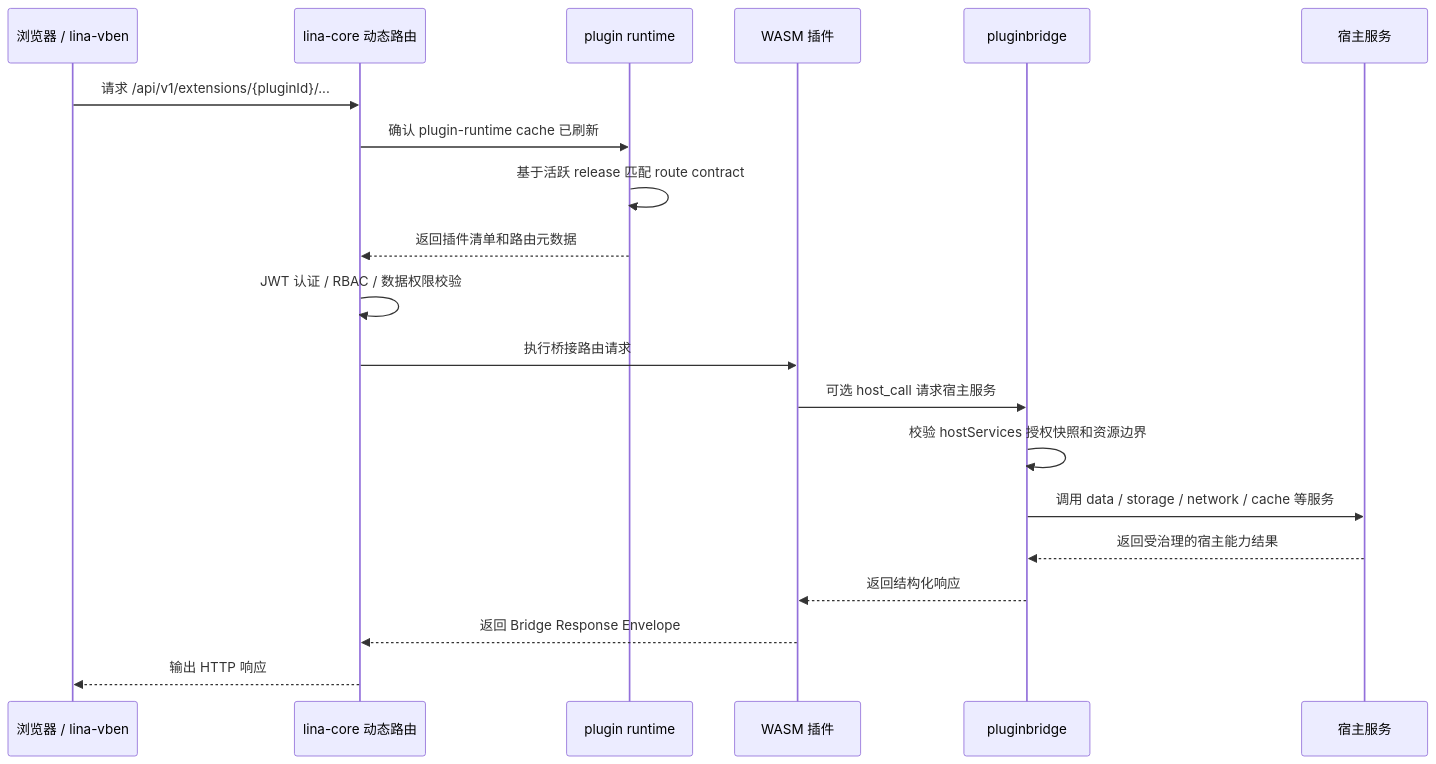
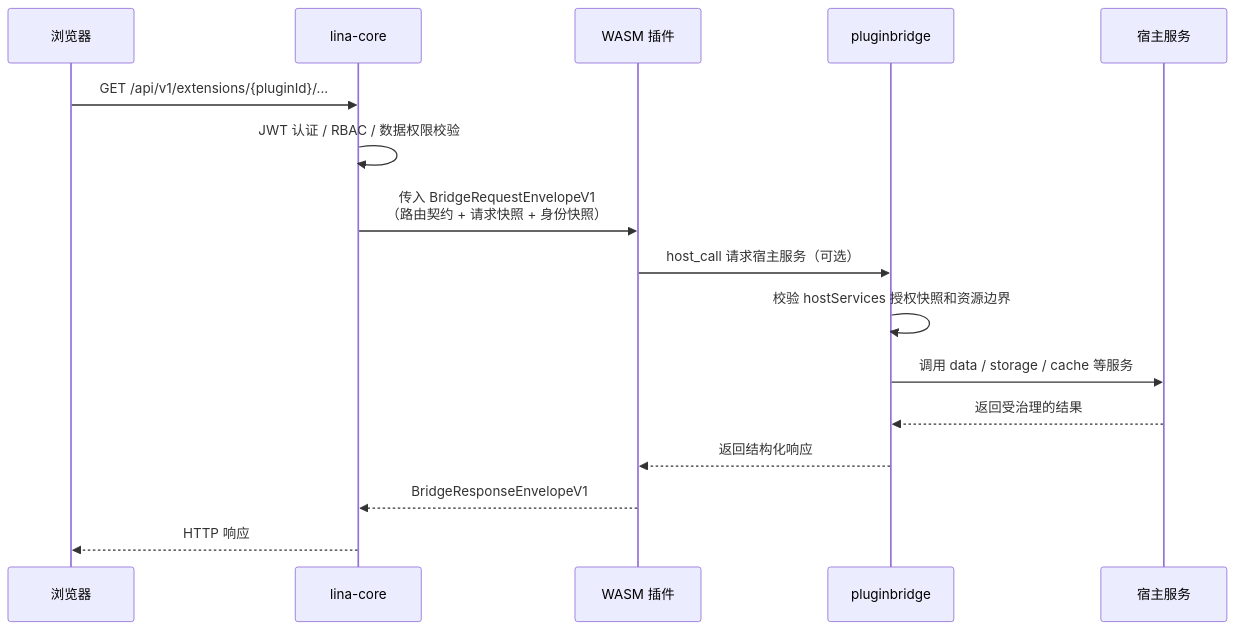
One commit to linaproai/linapro-site changed the fourth of 5 diagrams in apps/lina-site/docs/docs/2000-architecture/4000-plugin-system.md. Above: the diagram before and after it, drawn with Mermaid. The commit also changed other lines of this file and 6 other files, not shown here.

First line of the commit message:
docs(lina-site): rewrite architecture docs and sync EN translations

````diff
--- a/apps/lina-site/docs/docs/2000-architecture/4000-plugin-system.md
+++ b/apps/lina-site/docs/docs/2000-architecture/4000-plugin-system.md
@@ -257,23 +153,19 @@
 ```mermaid
 sequenceDiagram
-    participant Browser as 浏览器 / lina-vben
-    participant Core as lina-core 动态路由
-    participant Runtime as plugin runtime
+    participant Browser as 浏览器
+    participant Core as lina-core
     participant Wasm as WASM 插件
     participant Bridge as pluginbridge
     participant HostSvc as 宿主服务
 
-    Browser->>Core: 请求 /api/v1/extensions/{pluginId}/...
-    Core->>Runtime: 确认 plugin-runtime cache 已刷新
-    Runtime->>Runtime: 基于活跃 release 匹配 route contract
-    Runtime-->>Core: 返回插件清单和路由元数据
+    Browser->>Core: GET /api/v1/extensions/{pluginId}/...
     Core->>Core: JWT 认证 / RBAC / 数据权限校验
-    Core->>Wasm: 执行桥接路由请求
-    Wasm->>Bridge: 可选 host_call 请求宿主服务
+    Core->>Wasm: 传入 BridgeRequestEnvelopeV1<br/>（路由契约 + 请求快照 + 身份快照）
+    Wasm->>Bridge: host_call 请求宿主服务（可选）
     Bridge->>Bridge: 校验 hostServices 授权快照和资源边界
-    Bridge->>HostSvc: 调用 data / storage / network / cache 等服务
-    HostSvc-->>Bridge: 返回受治理的宿主能力结果
+    Bridge->>HostSvc: 调用 data / storage / cache 等服务
+    HostSvc-->>Bridge: 返回受治理的结果
     Bridge-->>Wasm: 返回结构化响应
-    Wasm-->>Core: 返回 Bridge Response Envelope
-    Core-->>Browser: 输出 HTTP 响应
+    Wasm-->>Core: BridgeResponseEnvelopeV1
+    Core-->>Browser: HTTP 响应
 ```
````
